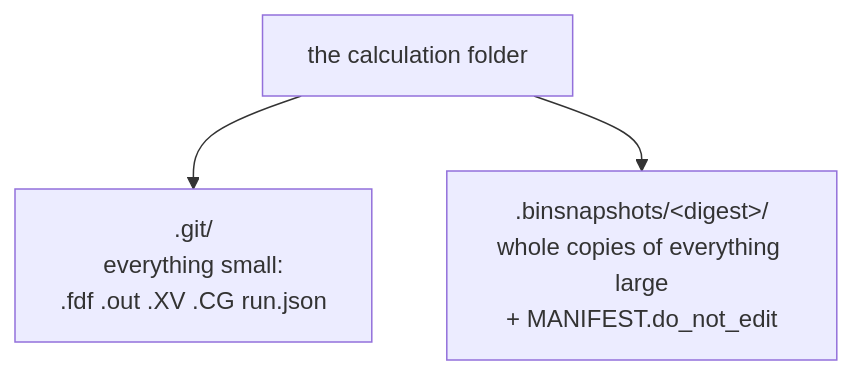
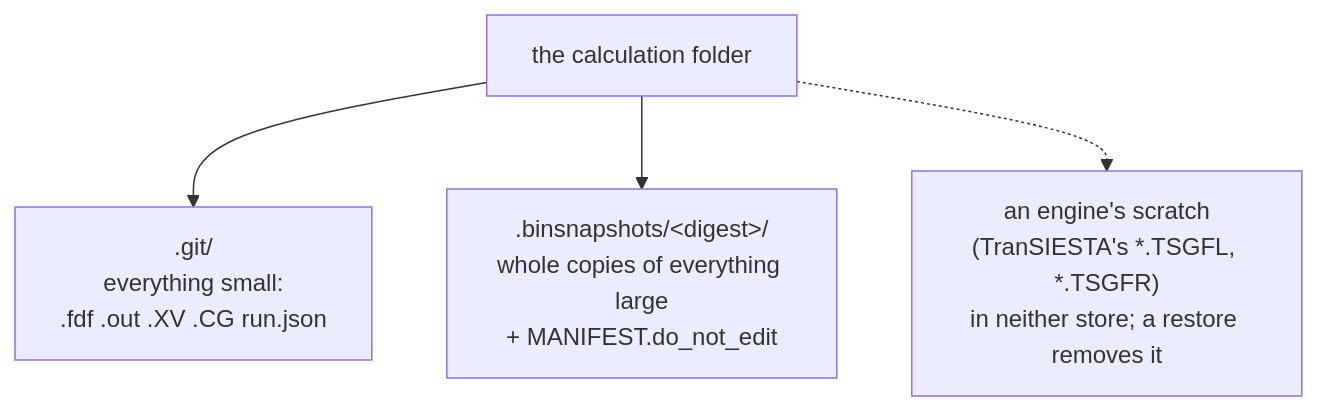
The sixth of 6 diagrams in docs/execution/running-a-job.md (Qing-LAB/molbuilder), drawn with Mermaid before and after one commit. The commit also changed other lines of this file and 54 other files, not shown here.

````diff
--- a/docs/execution/running-a-job.md
+++ b/docs/execution/running-a-job.md
@@ -1218,8 +1228,10 @@
 ```mermaid
 flowchart TD
     RD["the calculation folder"]
     G[".git/<br/>everything small:<br/>.fdf .out .XV .CG run.json"]
     B[".binsnapshots/&lt;digest&gt;/<br/>whole copies of everything large<br/>+ MANIFEST.do_not_edit"]
+    S["an engine's scratch<br/>(TranSIESTA's *.TSGFL, *.TSGFR)<br/>in neither store; a restore removes it"]
     RD --> G
     RD --> B
+    RD -.-> S
 ```
````
